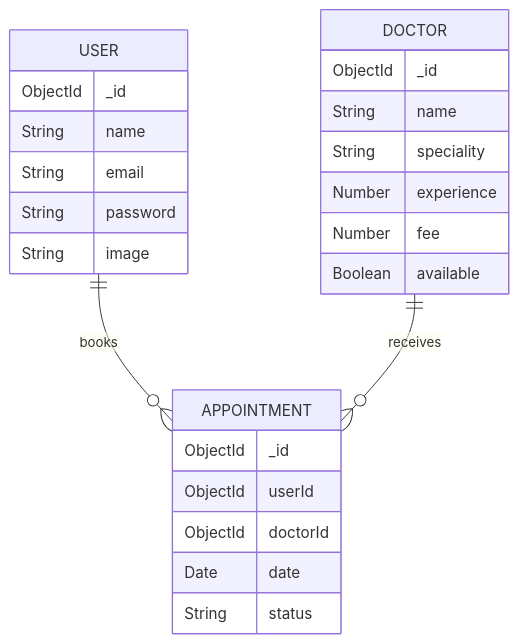
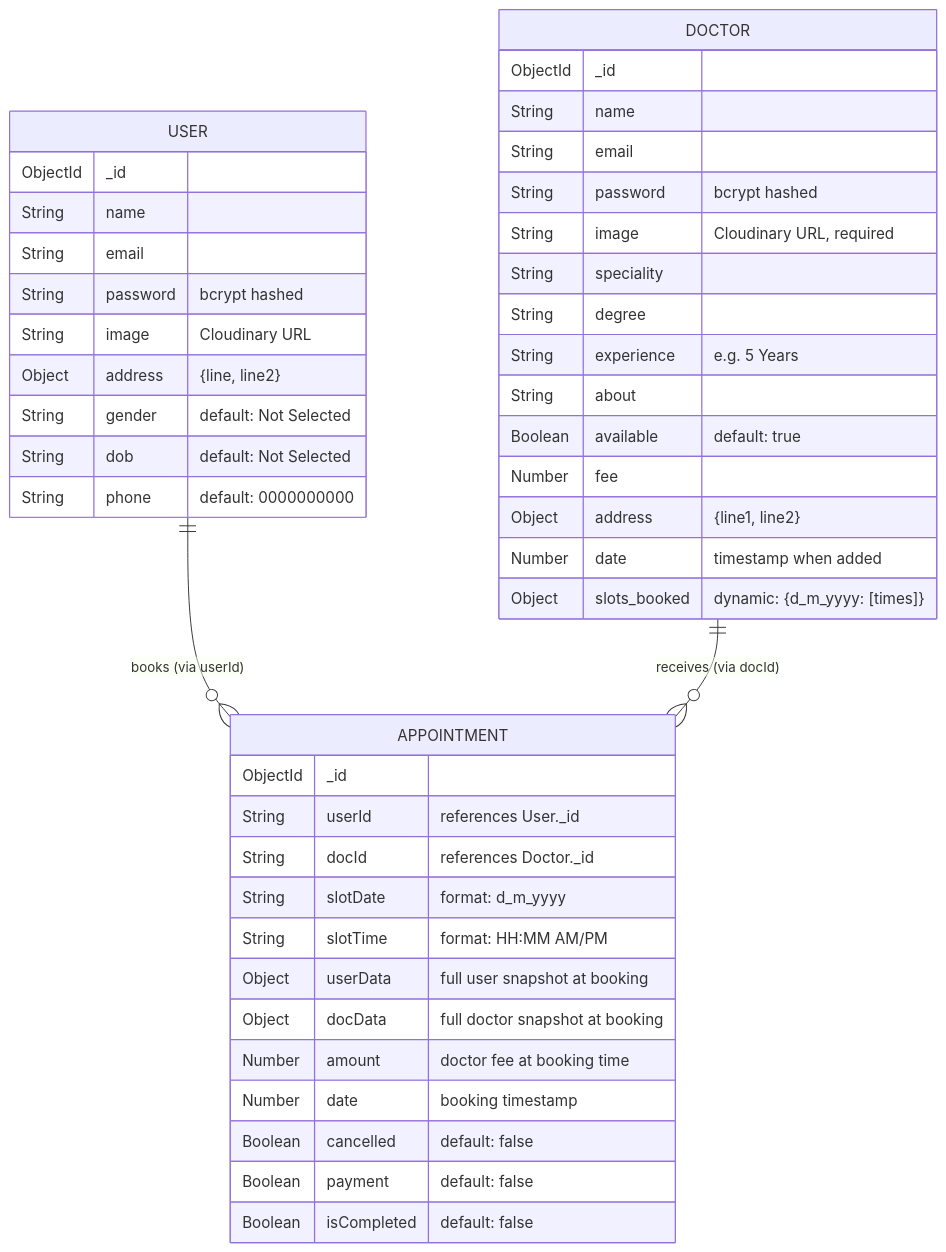
Before and after one commit to ashishsps20/Doctor-Appointment-Project: the second of 2 diagrams in README.md, drawn with Mermaid. The commit also changed other lines of this file, not shown here.

````diff
--- a/README.md
+++ b/README.md
@@ -107,30 +131,49 @@
 ```mermaid
 erDiagram
-    USER ||--o{ APPOINTMENT : books
-    DOCTOR ||--o{ APPOINTMENT : receives
+    USER ||--o{ APPOINTMENT : "books (via userId)"
+    DOCTOR ||--o{ APPOINTMENT : "receives (via docId)"
     
     USER {
         ObjectId _id
         String name
         String email
-        String password
-        String image
+        String password "bcrypt hashed"
+        String image "Cloudinary URL"
+        Object address "{line, line2}"
+        String gender "default: Not Selected"
+        String dob "default: Not Selected"
+        String phone "default: 0000000000"
     }
     
     DOCTOR {
         ObjectId _id
         String name
+        String email
+        String password "bcrypt hashed"
+        String image "Cloudinary URL, required"
         String speciality
-        Number experience
+        String degree
+        String experience "e.g. 5 Years"
+        String about
+        Boolean available "default: true"
         Number fee
-        Boolean available
+        Object address "{line1, line2}"
+        Number date "timestamp when added"
+        Object slots_booked "dynamic: {d_m_yyyy: [times]}"
     }
     
     APPOINTMENT {
         ObjectId _id
-        ObjectId userId
-        ObjectId doctorId
-        Date date
-        String status
+        String userId "references User._id"
+        String docId "references Doctor._id"
+        String slotDate "format: d_m_yyyy"
+        String slotTime "format: HH:MM AM/PM"
+        Object userData "full user snapshot at booking"
+        Object docData "full doctor snapshot at booking"
+        Number amount "doctor fee at booking time"
+        Number date "booking timestamp"
+        Boolean cancelled "default: false"
+        Boolean payment "default: false"
+        Boolean isCompleted "default: false"
     }
 ```
````
